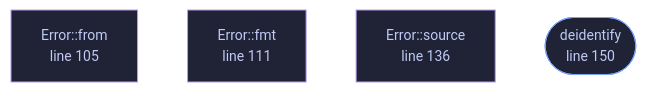
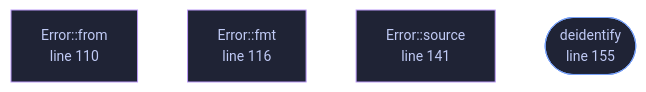
The diagram in docs/files/veilvoice-audio/lib.md (tilas01/veilvoice), drawn with Mermaid before and after one commit. The commit also changed other lines of this file and 37 other files, not shown here.

````diff
--- a/docs/files/veilvoice-audio/lib.md
+++ b/docs/files/veilvoice-audio/lib.md
@@ -94,18 +94,18 @@
 ```mermaid
 %%{init: {"theme":"base","themeVariables":{"background":"#1a1b26","primaryColor":"#1f2335","primaryTextColor":"#c0caf5","primaryBorderColor":"#7aa2f7","secondaryColor":"#16161e","tertiaryColor":"#16161e","lineColor":"#737aa2","textColor":"#c0caf5","mainBkg":"#1f2335","nodeBorder":"#7aa2f7","clusterBkg":"#16161e","clusterBorder":"#2f3549","fontFamily":"ui-monospace, SFMono-Regular, Consolas, monospace","fontSize":"14px"}}}%%
 flowchart TD
-    n_from["Error::from<br/>line 99"]
-    n_from["Error::from<br/>line 105"]
-    n_fmt["Error::fmt<br/>line 111"]
-    n_source["Error::source<br/>line 136"]
-    n_deidentify(["deidentify<br/>line 150"])
-    click n_from href "https://github.com/tilas01/veilvoice/blob/main/crates/veilvoice-audio/src/lib.rs#L99" "open the source"
-    click n_from href "https://github.com/tilas01/veilvoice/blob/main/crates/veilvoice-audio/src/lib.rs#L105" "open the source"
-    click n_fmt href "https://github.com/tilas01/veilvoice/blob/main/crates/veilvoice-audio/src/lib.rs#L111" "open the source"
-    click n_source href "https://github.com/tilas01/veilvoice/blob/main/crates/veilvoice-audio/src/lib.rs#L136" "open the source"
-    click n_deidentify href "https://github.com/tilas01/veilvoice/blob/main/crates/veilvoice-audio/src/lib.rs#L150" "open the source"
+    n_from["Error::from<br/>line 104"]
+    n_from["Error::from<br/>line 110"]
+    n_fmt["Error::fmt<br/>line 116"]
+    n_source["Error::source<br/>line 141"]
+    n_deidentify(["deidentify<br/>line 155"])
+    click n_from href "https://github.com/tilas01/veilvoice/blob/main/crates/veilvoice-audio/src/lib.rs#L104" "open the source"
+    click n_from href "https://github.com/tilas01/veilvoice/blob/main/crates/veilvoice-audio/src/lib.rs#L110" "open the source"
+    click n_fmt href "https://github.com/tilas01/veilvoice/blob/main/crates/veilvoice-audio/src/lib.rs#L116" "open the source"
+    click n_source href "https://github.com/tilas01/veilvoice/blob/main/crates/veilvoice-audio/src/lib.rs#L141" "open the source"
+    click n_deidentify href "https://github.com/tilas01/veilvoice/blob/main/crates/veilvoice-audio/src/lib.rs#L155" "open the source"
     classDef entry fill:#1f2335,stroke:#7aa2f7,color:#c0caf5
     class n_deidentify entry
     classDef helper fill:#1f2335,stroke:#bb9af7,color:#c0caf5
     class n_from,n_from,n_fmt,n_source helper
 ```
````
